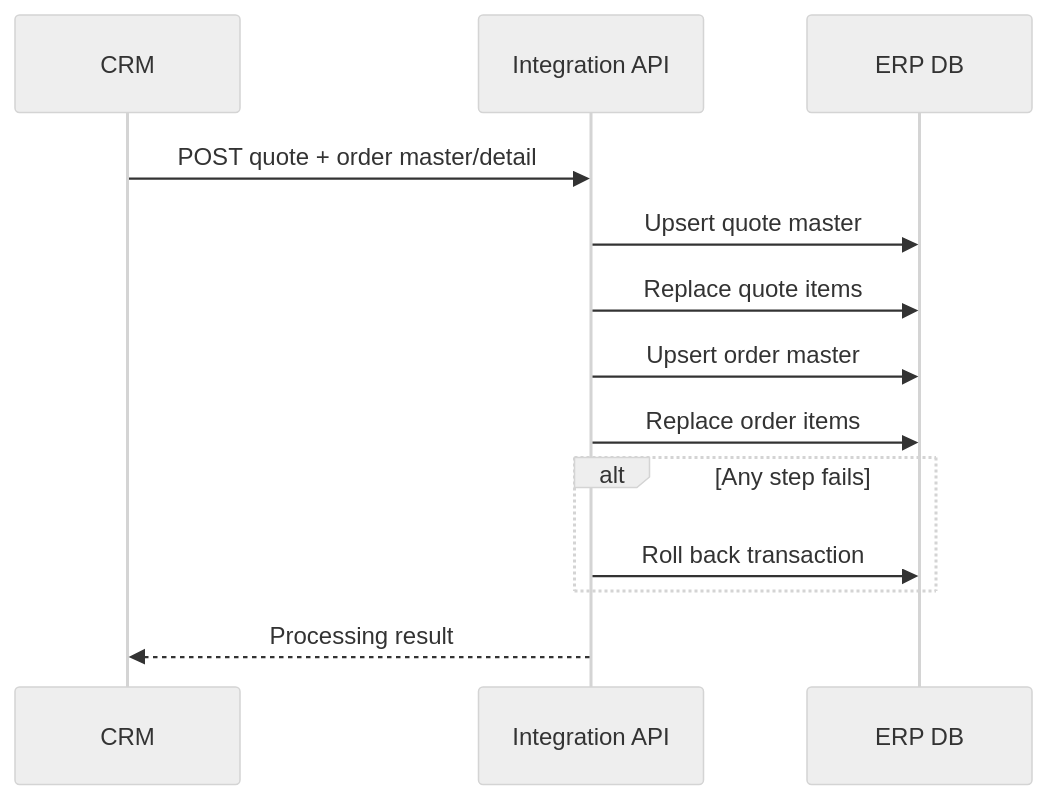
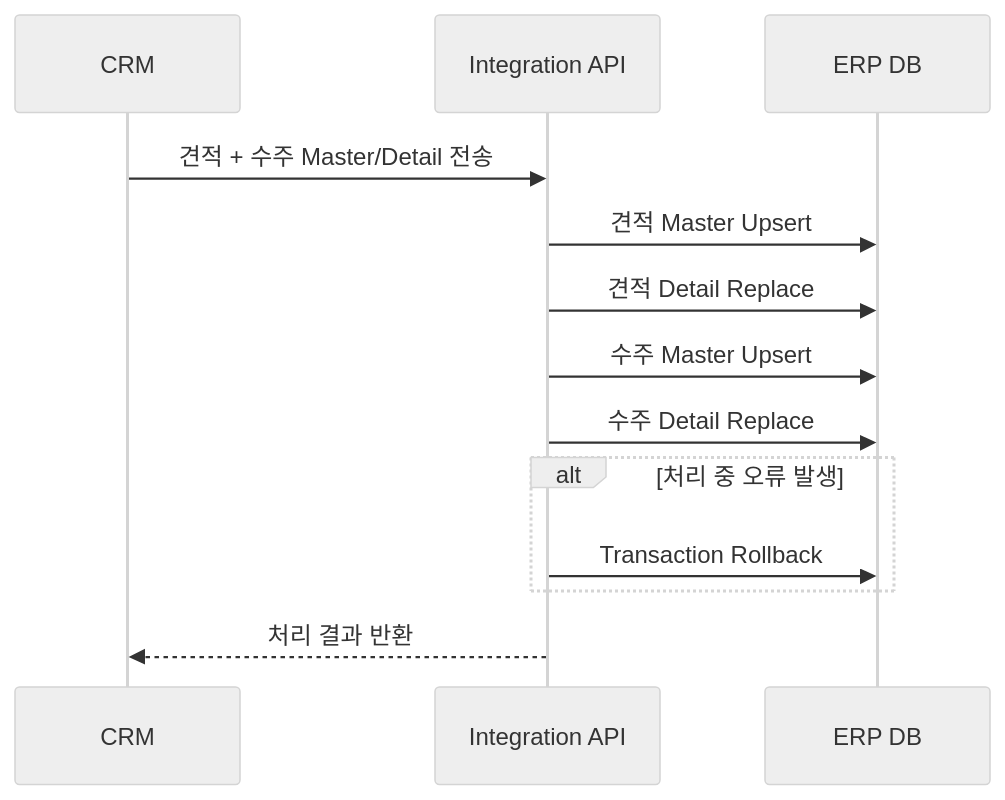
Before and after one commit to bokay0524/erp-salesforce-integration: the fourth of 4 diagrams in README.md, drawn with Mermaid (neutral theme). The commit also changed other lines of this file, not shown here.

````diff
--- a/README.md
+++ b/README.md
@@ -72,15 +94,15 @@
 ```mermaid
 sequenceDiagram
     participant C as CRM
     participant A as Integration API
     participant D as ERP DB
-    C->>A: POST quote + order master/detail
-    A->>D: Upsert quote master
-    A->>D: Replace quote items
-    A->>D: Upsert order master
-    A->>D: Replace order items
-    alt Any step fails
-        A->>D: Roll back transaction
+    C->>A: 견적 + 수주 Master/Detail 전송
+    A->>D: 견적 Master Upsert
+    A->>D: 견적 Detail Replace
+    A->>D: 수주 Master Upsert
+    A->>D: 수주 Detail Replace
+    alt 처리 중 오류 발생
+        A->>D: Transaction Rollback
     end
-    A-->>C: Processing result
+    A-->>C: 처리 결과 반환
 ```
````
